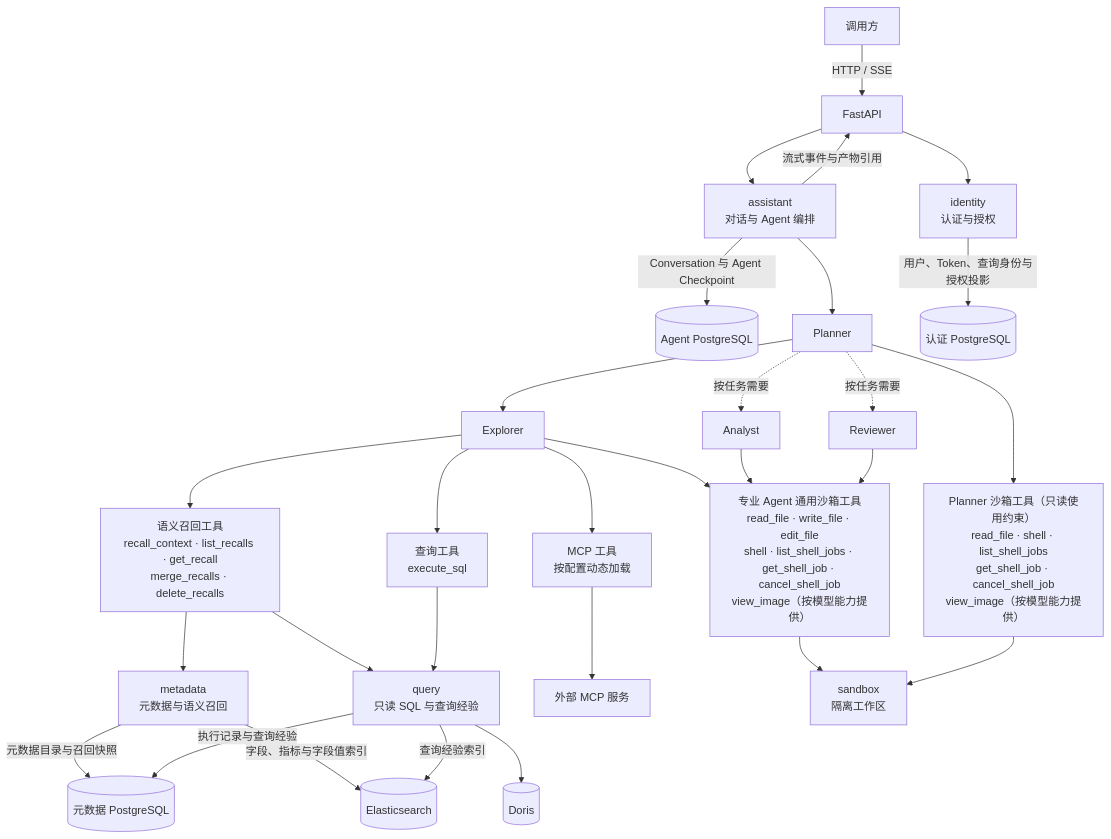
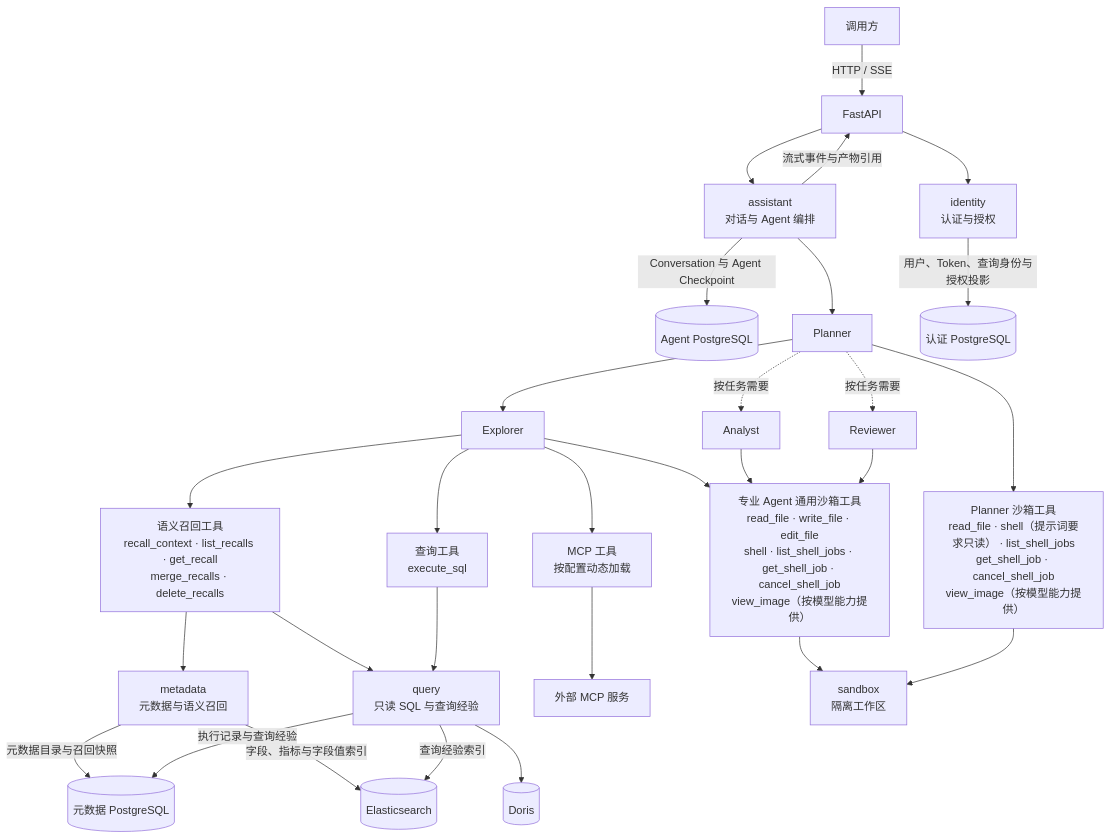
Before and after one commit to 2739673455/dataagent: the first of 2 diagrams in docs/00_ARCHITECTURE_OVERVIEW.md, drawn with Mermaid. The commit also changed other lines of this file and 16 other files, not shown here.

````diff
--- a/docs/00_ARCHITECTURE_OVERVIEW.md
+++ b/docs/00_ARCHITECTURE_OVERVIEW.md
@@ -9,33 +7,33 @@
 ```mermaid
 flowchart TD
     U[调用方] -->|HTTP / SSE| API[FastAPI]
     API --> I[identity<br/>认证与授权]
     API --> A[assistant<br/>对话与 Agent 编排]
     A -->|Conversation 与 Agent Checkpoint| AGENT_PG[(Agent PostgreSQL)]
     A -->|流式事件与产物引用| API
     A --> P[Planner]
     P --> E[Explorer]
     P -. 按任务需要 .-> N[Analyst]
     P -. 按任务需要 .-> R[Reviewer]
 
     E --> RECALL["语义召回工具<br/>recall_context · list_recalls · get_recall<br/>merge_recalls · delete_recalls"]
     E --> SQL["查询工具<br/>execute_sql"]
     E --> MCP["MCP 工具<br/>按配置动态加载"]
     E --> FILES["专业 Agent 通用沙箱工具<br/>read_file · write_file · edit_file<br/>shell · list_shell_jobs · get_shell_job · cancel_shell_job<br/>view_image（按模型能力提供）"]
     N --> FILES
     R --> FILES
-    P --> PFILES["Planner 沙箱工具（只读使用约束）<br/>read_file · shell · list_shell_jobs<br/>get_shell_job · cancel_shell_job<br/>view_image（按模型能力提供）"]
+    P --> PFILES["Planner 沙箱工具<br/>read_file · shell（提示词要求只读） · list_shell_jobs<br/>get_shell_job · cancel_shell_job<br/>view_image（按模型能力提供）"]
 
     RECALL --> M[metadata<br/>元数据与语义召回]
     RECALL --> Q[query<br/>只读 SQL 与查询经验]
     SQL --> Q
     MCP --> X[外部 MCP 服务]
     FILES --> S[sandbox<br/>隔离工作区]
     PFILES --> S
     Q --> D[(Doris)]
     I -->|用户、Token、查询身份与授权投影| AUTH_PG[(认证 PostgreSQL)]
     M -->|元数据目录与召回快照| META_PG[(元数据 PostgreSQL)]
     Q -->|执行记录与查询经验| META_PG
     M -->|字段、指标与字段值索引| ES[(Elasticsearch)]
     Q -->|查询经验索引| ES
 ```
````
